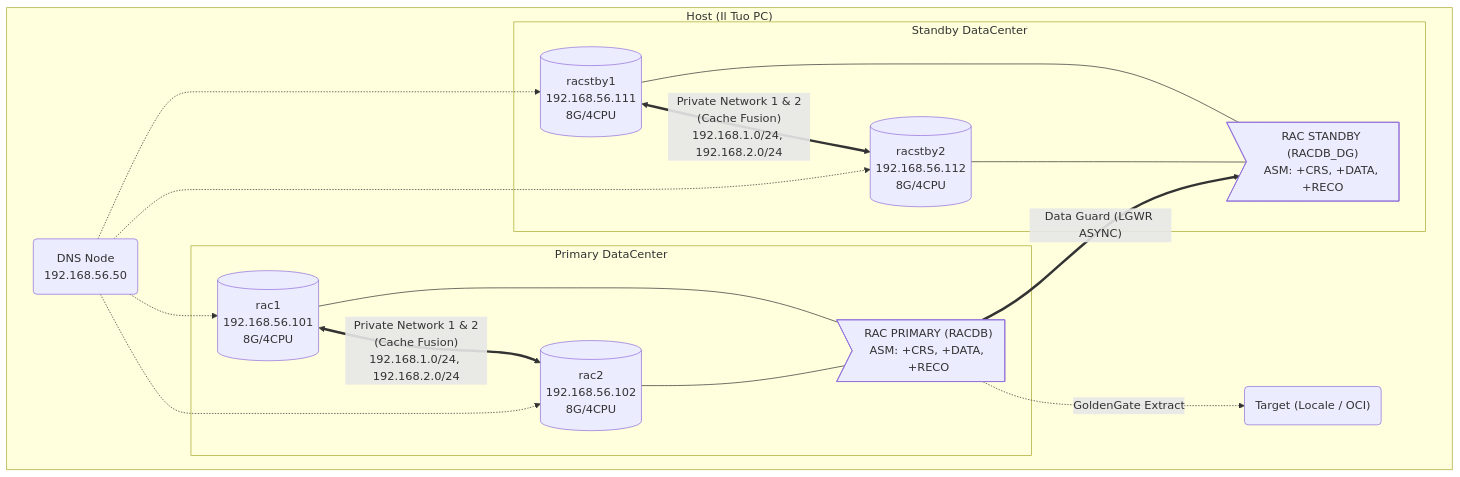
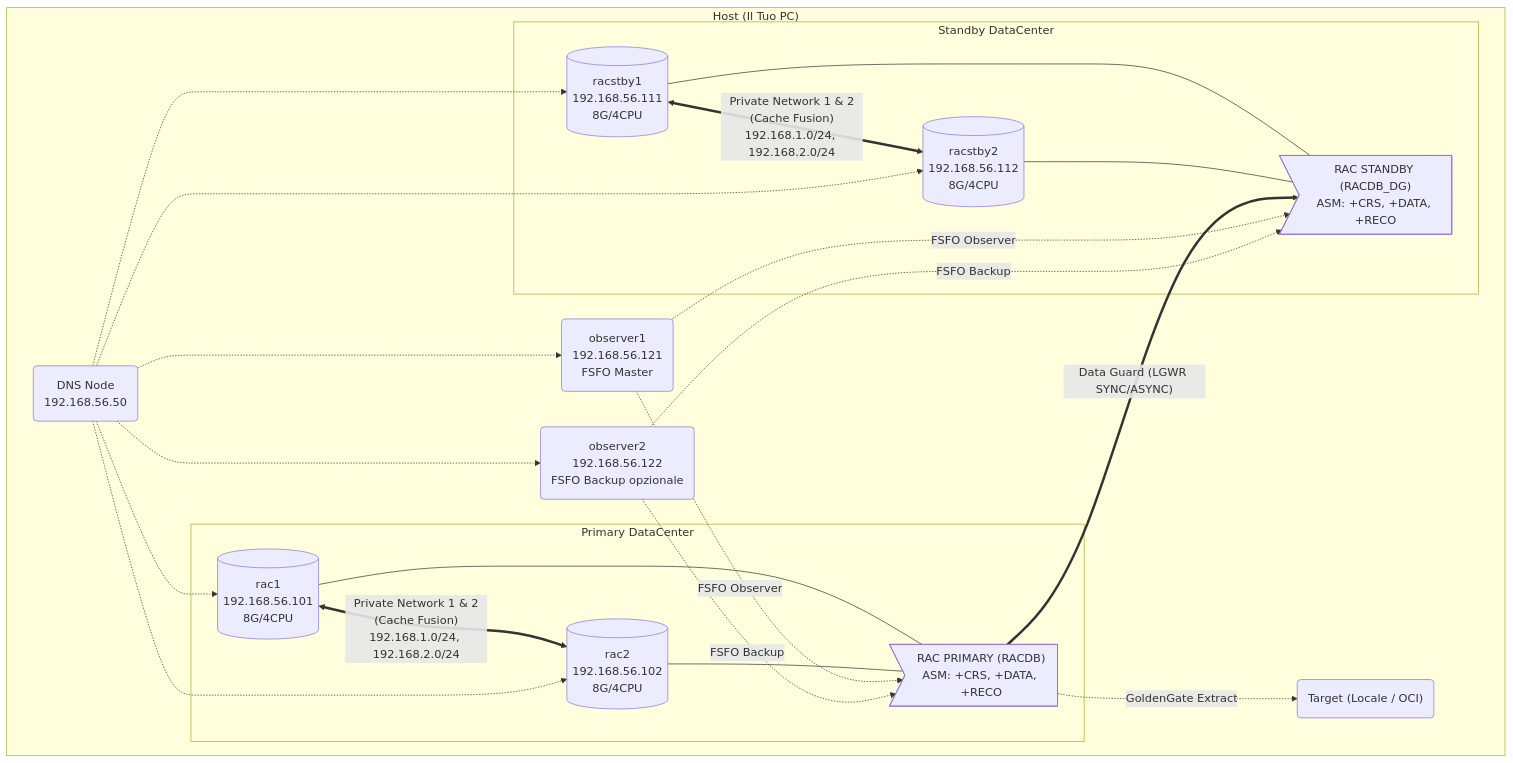
Before and after one commit to Mohamed-DN/dba_oracle_lab: the second of 2 diagrams in README.md, drawn with Mermaid. The commit also changed other lines of this file and 17 other files, not shown here.

Commit message:
docs: add FSFO observer phase

````diff
--- a/README.md
+++ b/README.md
@@ -280,35 +281,44 @@
 ```mermaid
 flowchart TD
     subgraph "Host (Il Tuo PC)"
         dns("DNS Node\n192.168.56.50")
         
         subgraph "Primary DataCenter"
             rac1[("rac1\n192.168.56.101\n8G/4CPU")]
             rac2[("rac2\n192.168.56.102\n8G/4CPU")]
             
             rac1 <== "Private Network 1 & 2\n(Cache Fusion)\n192.168.1.0/24, 192.168.2.0/24" ==> rac2
             db1>"RAC PRIMARY (RACDB)\nASM: +CRS, +DATA, +RECO"]
             rac1 --- db1
             rac2 --- db1
         end
         
         subgraph "Standby DataCenter"
             racstby1[("racstby1\n192.168.56.111\n8G/4CPU")]
             racstby2[("racstby2\n192.168.56.112\n8G/4CPU")]
             
             racstby1 <== "Private Network 1 & 2\n(Cache Fusion)\n192.168.1.0/24, 192.168.2.0/24" ==> racstby2
             db2>"RAC STANDBY (RACDB_DG)\nASM: +CRS, +DATA, +RECO"]
             racstby1 --- db2
             racstby2 --- db2
         end
         
         dns -.-> rac1
         dns -.-> rac2
         dns -.-> racstby1
         dns -.-> racstby2
+
+        observer1("observer1\n192.168.56.121\nFSFO Master")
+        observer2("observer2\n192.168.56.122\nFSFO Backup opzionale")
+        dns -.-> observer1
+        dns -.-> observer2
         
-        db1 == "Data Guard (LGWR ASYNC)" ==> db2
+        db1 == "Data Guard (LGWR SYNC/ASYNC)" ==> db2
+        observer1 -. "FSFO Observer" .-> db1
+        observer1 -. "FSFO Observer" .-> db2
+        observer2 -. "FSFO Backup" .-> db1
+        observer2 -. "FSFO Backup" .-> db2
         db1 -. "GoldenGate Extract" .-> gg("Target (Locale / OCI)")
         
     end
 ```
````
